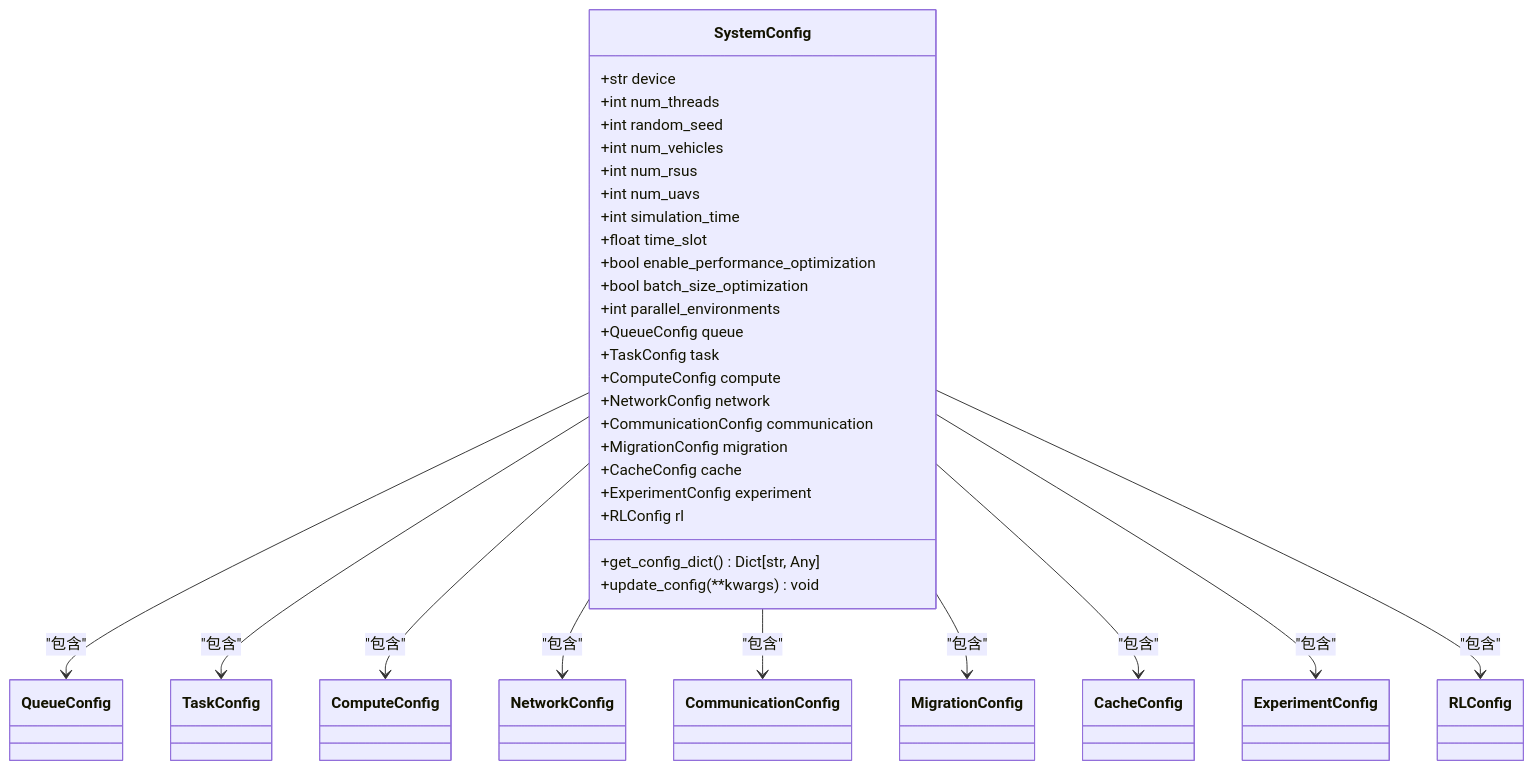
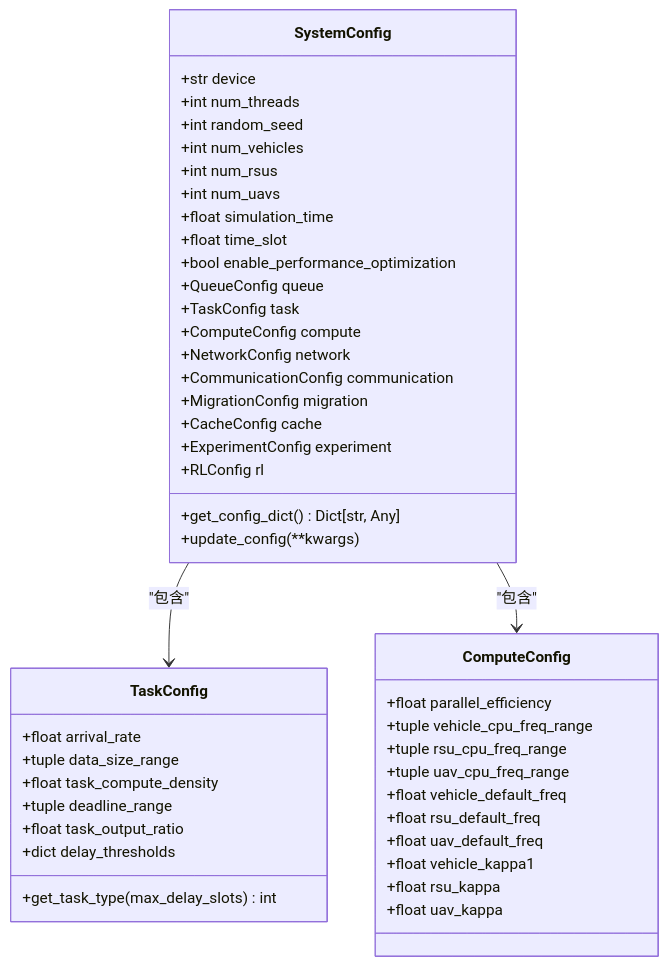
Before and after one commit to WeiY11/VEC_mig_caching: the first of 4 diagrams in .qoder/repowiki/zh/content/配置管理/配置管理.md, drawn with Mermaid. The commit also changed other lines of this file and 95 other files, not shown here.

Commit message:
更新训练结果保存功能，支持生成HTML报告和对比图表，提升报告的可读性和实用性。同时，增强`run_td3_vehicle_sweep.py`以支持更多车辆选项和实验时长，清理冗余代码以优化项目结构。

````diff
--- a/.qoder/repowiki/zh/content/配置管理/配置管理.md
+++ b/.qoder/repowiki/zh/content/配置管理/配置管理.md
@@ -28,36 +34,48 @@
 ```mermaid
 classDiagram
 class SystemConfig {
 +str device
 +int num_threads
 +int random_seed
 +int num_vehicles
 +int num_rsus
 +int num_uavs
-+int simulation_time
++float simulation_time
 +float time_slot
 +bool enable_performance_optimization
-+bool batch_size_optimization
-+int parallel_environments
 +QueueConfig queue
 +TaskConfig task
 +ComputeConfig compute
 +NetworkConfig network
 +CommunicationConfig communication
 +MigrationConfig migration
 +CacheConfig cache
 +ExperimentConfig experiment
 +RLConfig rl
 +get_config_dict() Dict[str, Any]
-+update_config(**kwargs) void
++update_config(**kwargs)
 }
-SystemConfig --> QueueConfig : "包含"
+class TaskConfig {
++float arrival_rate
++tuple data_size_range
++float task_compute_density
++tuple deadline_range
++float task_output_ratio
++dict delay_thresholds
++get_task_type(max_delay_slots) int
+}
+class ComputeConfig {
++float parallel_efficiency
++tuple vehicle_cpu_freq_range
++tuple rsu_cpu_freq_range
++tuple uav_cpu_freq_range
++float vehicle_default_freq
++float rsu_default_freq
++float uav_default_freq
++float vehicle_kappa1
++float rsu_kappa
++float uav_kappa
+}
 SystemConfig --> TaskConfig : "包含"
 SystemConfig --> ComputeConfig : "包含"
-SystemConfig --> NetworkConfig : "包含"
-SystemConfig --> CommunicationConfig : "包含"
-SystemConfig --> MigrationConfig : "包含"
-SystemConfig --> CacheConfig : "包含"
-SystemConfig --> ExperimentConfig : "包含"
-SystemConfig --> RLConfig : "包含"
 ```
````
